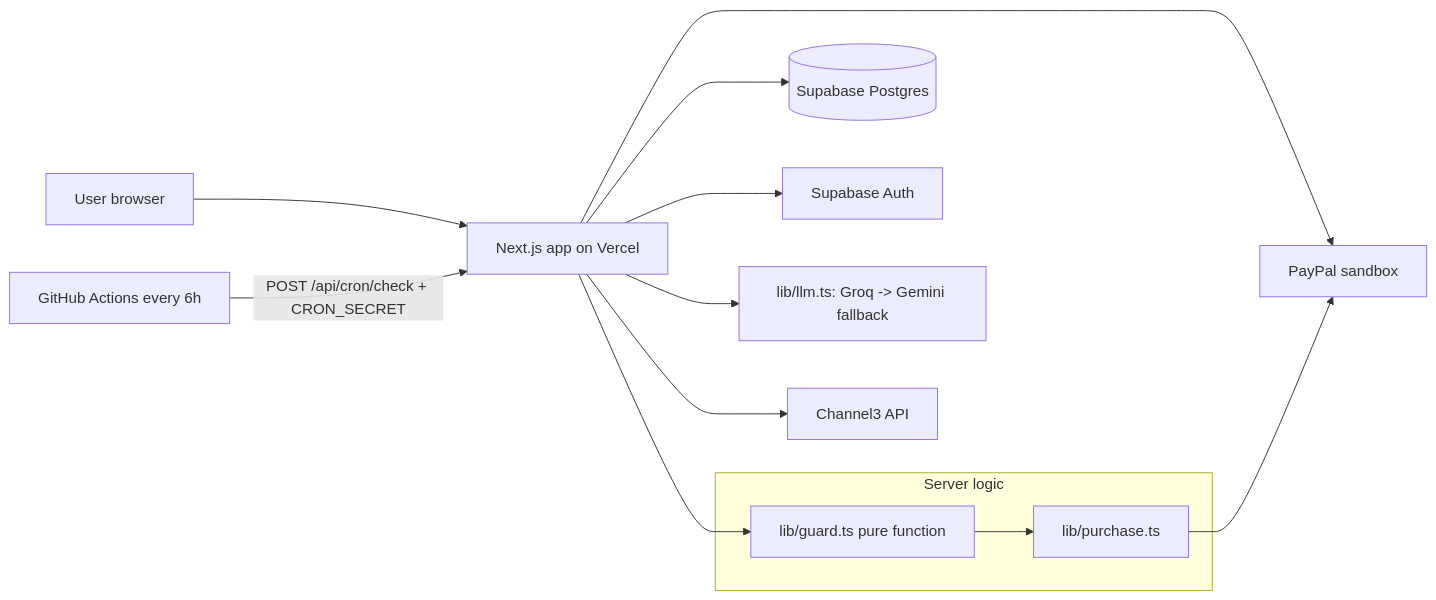
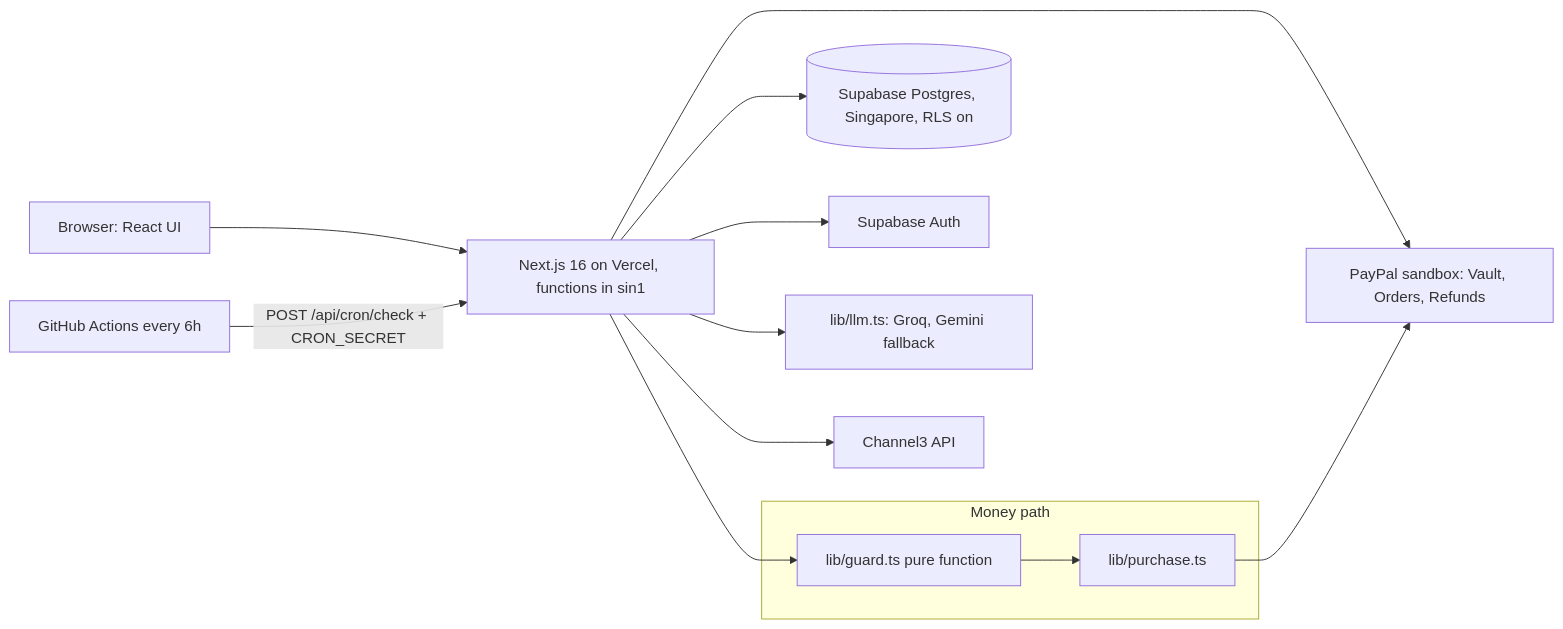
The first of 2 diagrams in README.md (KartikMantri/DropCart), drawn with Mermaid before and after one commit. The commit also changed other lines of this file and 9 other files, not shown here.

First line of the commit message:
README: screenshots, full PayPal, Channel3 and ContextMatic sections

````diff
--- a/README.md
+++ b/README.md
@@ -32,15 +60,15 @@
 ```mermaid
 flowchart LR
-  U[User browser] --> APP[Next.js app on Vercel]
-  APP --> DB[(Supabase Postgres)]
+  U[Browser: React UI] --> APP[Next.js 16 on Vercel, functions in sin1]
+  APP --> DB[(Supabase Postgres, Singapore, RLS on)]
   APP --> AUTH[Supabase Auth]
-  APP --> LLM[lib/llm.ts: Groq -> Gemini fallback]
+  APP --> LLM[lib/llm.ts: Groq, Gemini fallback]
   APP --> C3[Channel3 API]
-  APP --> PP[PayPal sandbox]
+  APP --> PP[PayPal sandbox: Vault, Orders, Refunds]
   GHA[GitHub Actions every 6h] -->|POST /api/cron/check + CRON_SECRET| APP
-  subgraph Server logic
-    GUARD[lib/guard.ts pure function]
-    PUR[lib/purchase.ts]
+  subgraph Money path
+    GUARD[lib/guard.ts pure function] --> PUR[lib/purchase.ts]
   end
-  APP --> GUARD --> PUR --> PP
+  APP --> GUARD
+  PUR --> PP
 ```
````
